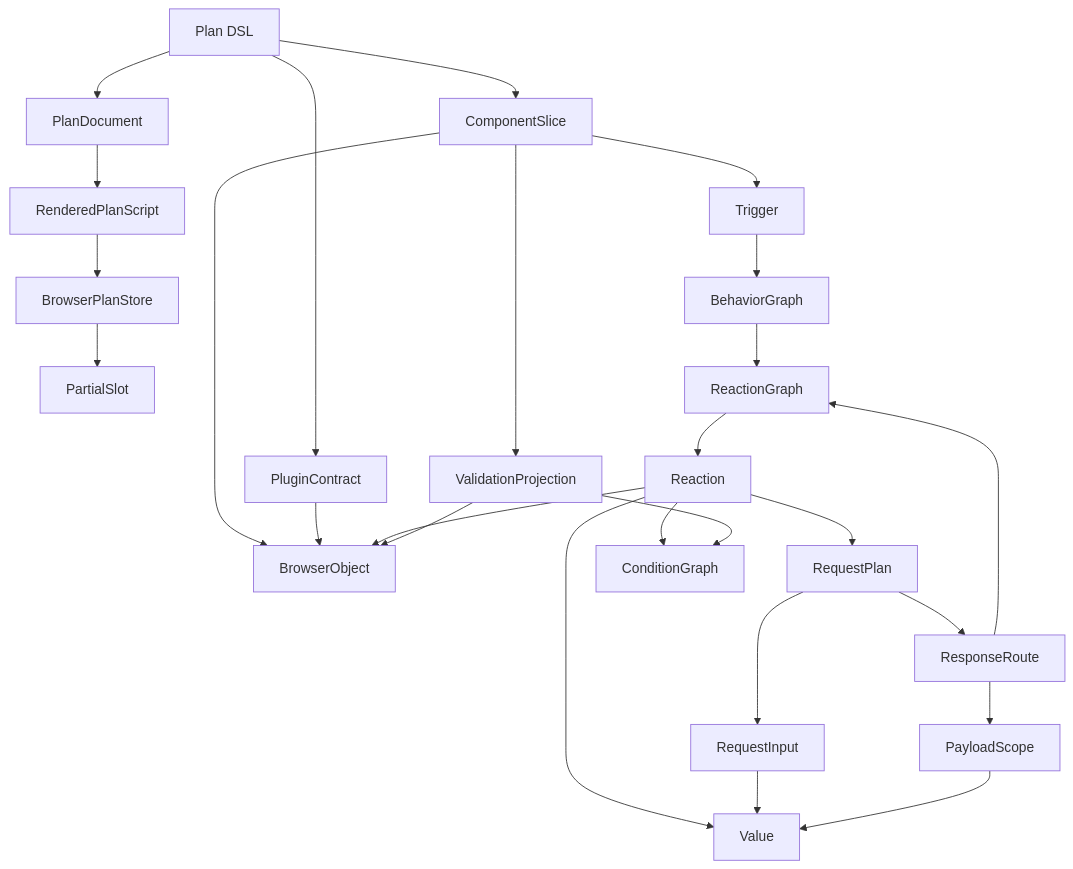
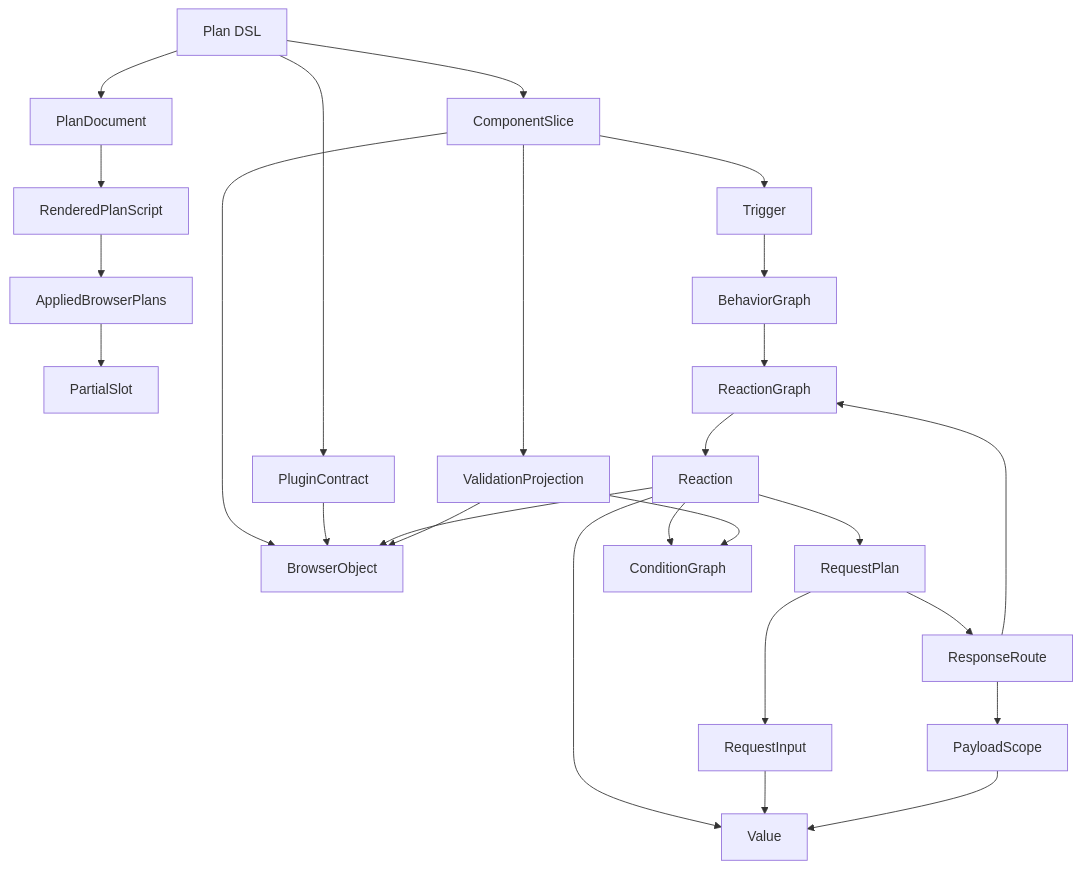
The first of 8 diagrams in docs/design/reactive-plan-domain-design.md (marafiq/alis-reactive), drawn with Mermaid before and after one commit. The commit also changed 19 other files, not shown here.

````diff
--- a/docs/design/reactive-plan-domain-design.md
+++ b/docs/design/reactive-plan-domain-design.md
@@ -57,33 +57,33 @@
 ```mermaid
 flowchart TD
     PlanDsl[Plan DSL] --> PlanDocument
     PlanDocument --> Script[RenderedPlanScript]
-    Script --> Store[BrowserPlanStore]
+    Script --> Store[AppliedBrowserPlans]
     Store --> PartialSlot
 
     PlanDsl --> ComponentSlice
     ComponentSlice --> BrowserObject
     ComponentSlice --> Trigger
     ComponentSlice --> ValidationProjection
 
     PlanDsl --> PluginContract
     PluginContract --> BrowserObject
 
     Trigger --> BehaviorGraph
     BehaviorGraph --> ReactionGraph
     ReactionGraph --> Reaction
     Reaction --> Value
     Reaction --> RequestPlan
     Reaction --> ConditionGraph
     Reaction --> BrowserObject
 
     RequestPlan --> RequestInput
     RequestInput --> Value
     RequestPlan --> ResponseRoute
     ResponseRoute --> ReactionGraph
     ResponseRoute --> PayloadScope
     PayloadScope --> Value
 
     ValidationProjection --> ConditionGraph
     ValidationProjection --> BrowserObject
 ```
````
